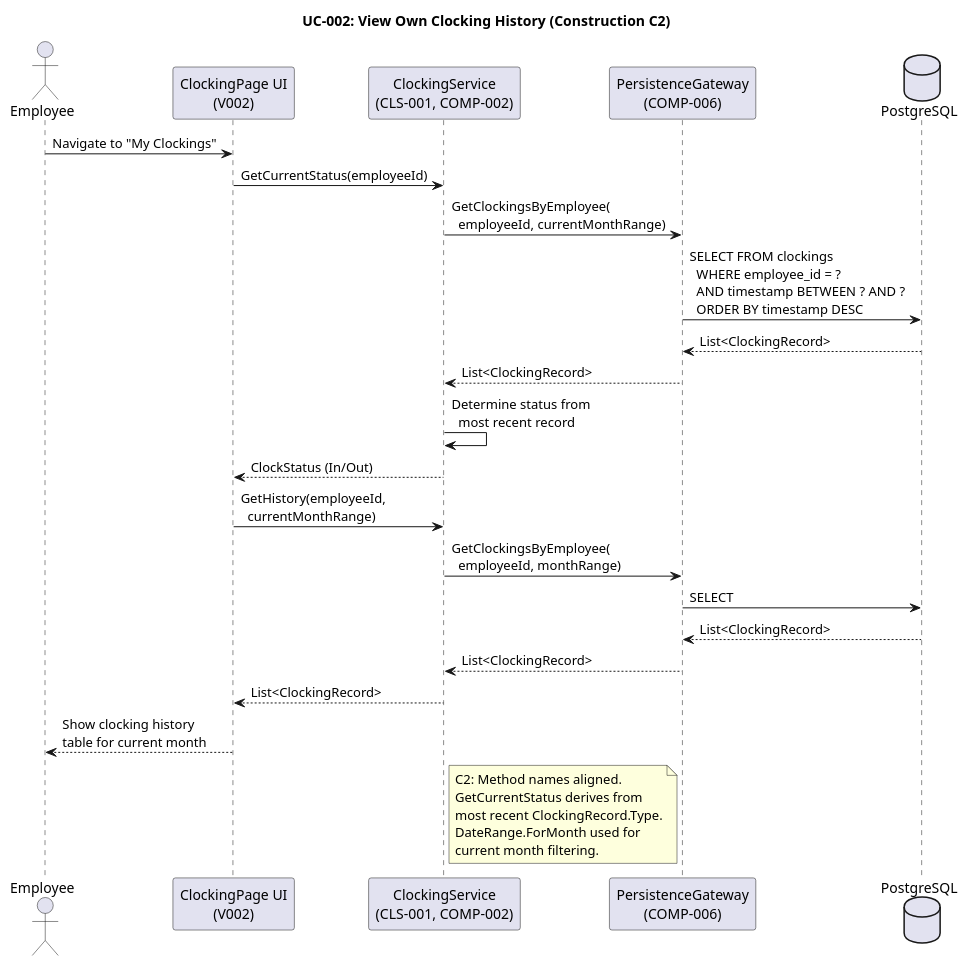
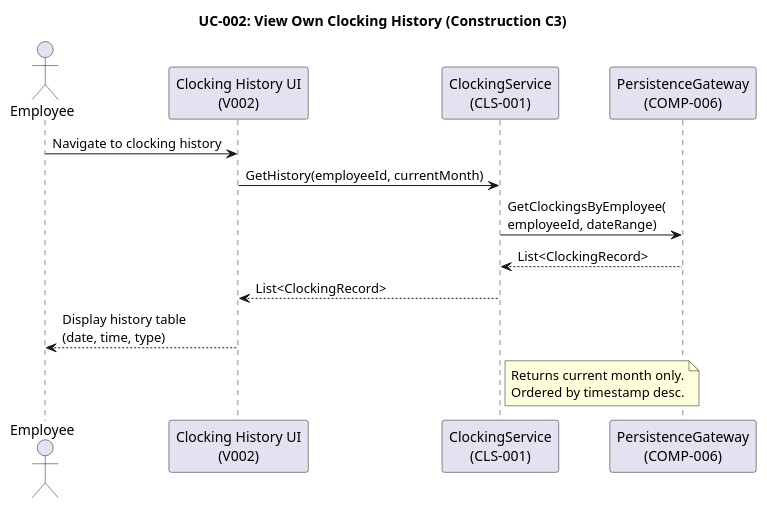
One commit to banense-test/portal-cuba-corp changed the third of 31 diagrams in docs/artifacts/analysis---design/design-model.md. Above: the diagram before and after it, drawn with PlantUML. The commit also changed other lines of this file, not shown here.

````diff
--- a/docs/artifacts/analysis---design/design-model.md
+++ b/docs/artifacts/analysis---design/design-model.md
@@ -375,37 +353,23 @@
 ```plantuml
 @startuml
-title UC-002: View Own Clocking History (Construction C2)
+title UC-002: View Own Clocking History (Construction C3)
 
 actor Employee as EMP
-participant "ClockingPage UI\n(V002)" as UI
-participant "ClockingService\n(CLS-001, COMP-002)" as SVC
+participant "Clocking History UI\n(V002)" as UI
+participant "ClockingService\n(CLS-001)" as SVC
 participant "PersistenceGateway\n(COMP-006)" as DB
-database "PostgreSQL" as PG
 
-EMP -> UI : Navigate to "My Clockings"
-UI -> SVC : GetCurrentStatus(employeeId)
-SVC -> DB : GetClockingsByEmployee(\n  employeeId, currentMonthRange)
-DB -> PG : SELECT FROM clockings\n  WHERE employee_id = ?\n  AND timestamp BETWEEN ? AND ?\n  ORDER BY timestamp DESC
-PG --> DB : List<ClockingRecord>
-DB --> SVC : List<ClockingRecord>
-SVC -> SVC : Determine status from\n  most recent record
-SVC --> UI : ClockStatus (In/Out)
-
-UI -> SVC : GetHistory(employeeId,\n  currentMonthRange)
-SVC -> DB : GetClockingsByEmployee(\n  employeeId, monthRange)
-DB -> PG : SELECT
-PG --> DB : List<ClockingRecord>
+EMP -> UI : Navigate to clocking history
+UI -> SVC : GetHistory(employeeId, currentMonth)
+SVC -> DB : GetClockingsByEmployee(\nemployeeId, dateRange)
 DB --> SVC : List<ClockingRecord>
 SVC --> UI : List<ClockingRecord>
-UI --> EMP : Show clocking history\ntable for current month
+UI --> EMP : Display history table\n(date, time, type)
 
 note right of SVC
-  C2: Method names aligned.
-  GetCurrentStatus derives from
-  most recent ClockingRecord.Type.
-  DateRange.ForMonth used for
-  current month filtering.
+  Returns current month only.
+  Ordered by timestamp desc.
 end note
 
 @enduml
 ```
````
